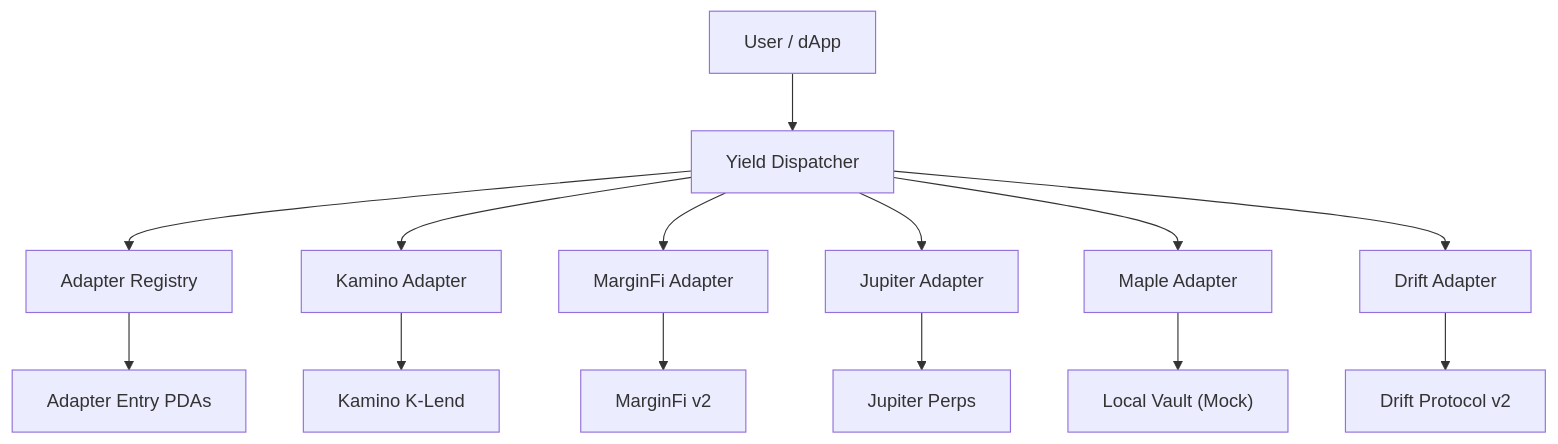
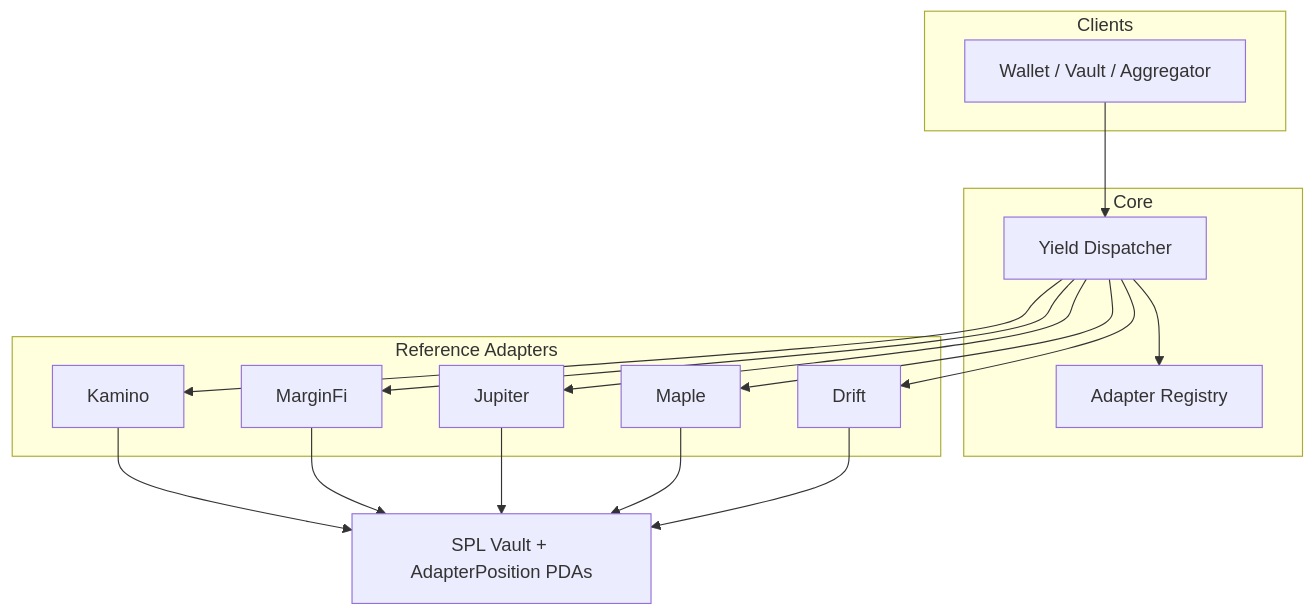
One commit to max-de-bug/solana-yield-adapter-standard changed the first of 2 diagrams in docs-site/architecture.mdx. Above: the diagram before and after it, drawn with Mermaid. The commit also changed other lines of this file and 20 other files, not shown here.

````diff
--- a/docs-site/architecture.mdx
+++ b/docs-site/architecture.mdx
@@ -12,16 +10,21 @@
 ```mermaid
-graph TD
-    A["User / dApp"] --> B["Yield Dispatcher"]
-    B --> C["Adapter Registry"]
-    C --> D["Adapter Entry PDAs"]
-    B --> E["Kamino Adapter"]
-    B --> F["MarginFi Adapter"]
-    B --> G["Jupiter Adapter"]
-    B --> H["Maple Adapter"]
-    B --> I["Drift Adapter"]
-    E --> J["Kamino K-Lend"]
-    F --> K["MarginFi v2"]
-    G --> L["Jupiter Perps"]
-    H --> M["Local Vault (Mock)"]
-    I --> N["Drift Protocol v2"]
+graph TB
+    subgraph Clients
+        A["Wallet / Vault / Aggregator"]
+    end
+    subgraph Core
+        B["Yield Dispatcher"]
+        C["Adapter Registry"]
+    end
+    subgraph Adapters["Reference Adapters"]
+        E["Kamino"]
+        F["MarginFi"]
+        G["Jupiter"]
+        H["Maple"]
+        I["Drift"]
+    end
+  A --> B
+    B --> C
+    B --> E & F & G & H & I
+    E & F & G & H & I --> V["SPL Vault + AdapterPosition PDAs"]
 ```
````
